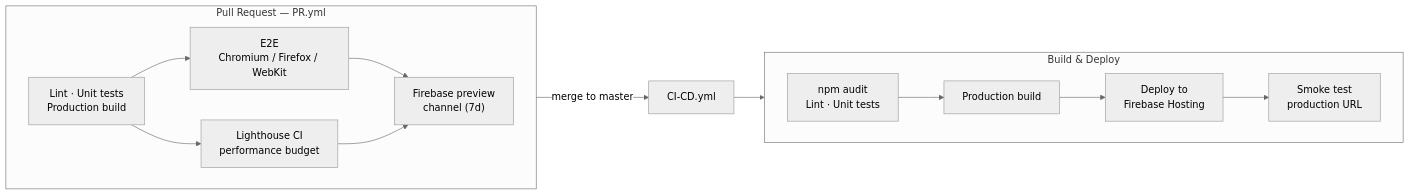
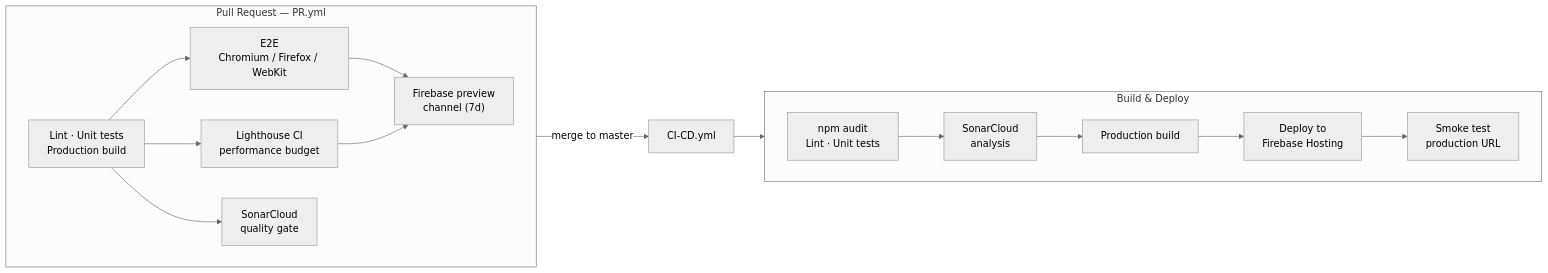
The diagram in README.md (jesuscorral/Concurso.homebrewer.cordoba), drawn with Mermaid (neutral theme) before and after one commit. The commit also changed other lines of this file and 6 other files, not shown here.

````diff
--- a/README.md
+++ b/README.md
@@ -57,16 +60,17 @@
 ```mermaid
 flowchart LR
     subgraph PR["Pull Request — PR.yml"]
         direction LR
         Q["Lint · Unit tests<br/>Production build"] --> E["E2E<br/>Chromium / Firefox / WebKit"]
         Q --> L["Lighthouse CI<br/>performance budget"]
         E --> P["Firebase preview<br/>channel (7d)"]
         L --> P
+        Q --> SC["SonarCloud<br/>quality gate"]
     end
     PR -->|merge to master| CD["CI-CD.yml"]
     subgraph CD_STEPS["Build & Deploy"]
         direction LR
-        A["npm audit<br/>Lint · Unit tests"] --> B["Production build"] --> D["Deploy to<br/>Firebase Hosting"] --> S["Smoke test<br/>production URL"]
+        A["npm audit<br/>Lint · Unit tests"] --> SC2["SonarCloud<br/>analysis"] --> B["Production build"] --> D["Deploy to<br/>Firebase Hosting"] --> S["Smoke test<br/>production URL"]
     end
     CD --> CD_STEPS
 ```
````
